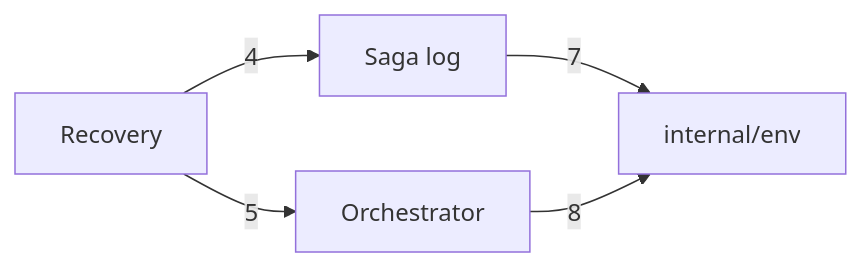
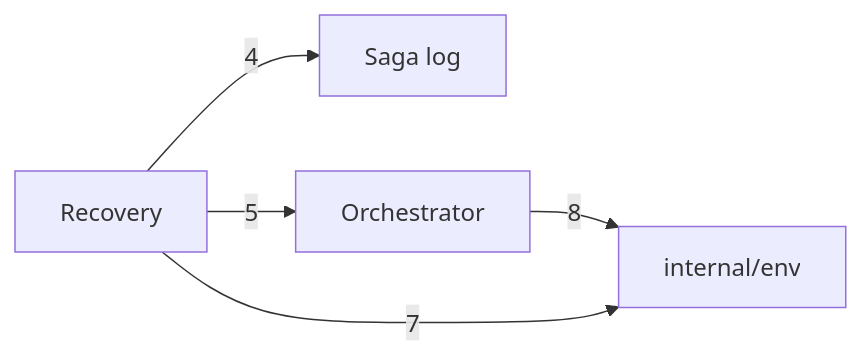
Before and after one commit to nickstrad/decentralized-object-store: the diagram in docs/c4/diagrams/08-component-saga-c.mmd, drawn with Mermaid. The commit also changed 9 other files, not shown here.

```diff
--- a/docs/c4/diagrams/08-component-saga-c.mmd
+++ b/docs/c4/diagrams/08-component-saga-c.mmd
@@ -1,6 +1,6 @@
 %% draw-visual: -x 4 -y 1 -p 0
 graph LR
   RECOVERY[Recovery] -->|4| LOG[Saga log]
-  LOG -->|7| ENV[internal/env]
   RECOVERY -->|5| ORCH[Orchestrator]
-  ORCH -->|8| ENV
+  ORCH -->|8| ENV[internal/env]
+  RECOVERY -->|7| ENV
```
